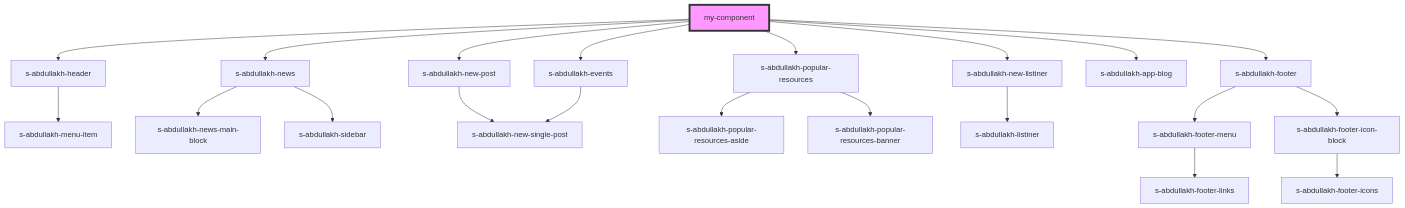
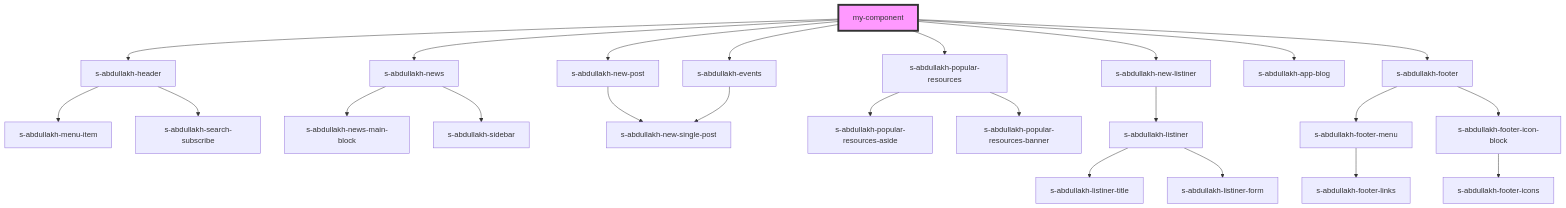
One commit to Wokh-Dada/wibbitz-stencil changed the diagram in src/components/my-component/readme.md. Above: the diagram before and after it, drawn with Mermaid. The commit also changed 20 other files, not shown here.

````diff
--- a/src/components/my-component/readme.md
+++ b/src/components/my-component/readme.md
@@ -22,24 +22,27 @@
 ```mermaid
 graph TD;
   my-component --> s-abdullakh-header
   my-component --> s-abdullakh-news
   my-component --> s-abdullakh-new-post
   my-component --> s-abdullakh-popular-resources
   my-component --> s-abdullakh-events
   my-component --> s-abdullakh-new-listiner
   my-component --> s-abdullakh-app-blog
   my-component --> s-abdullakh-footer
   s-abdullakh-header --> s-abdullakh-menu-item
+  s-abdullakh-header --> s-abdullakh-search-subscribe
   s-abdullakh-news --> s-abdullakh-news-main-block
   s-abdullakh-news --> s-abdullakh-sidebar
   s-abdullakh-new-post --> s-abdullakh-new-single-post
   s-abdullakh-popular-resources --> s-abdullakh-popular-resources-aside
   s-abdullakh-popular-resources --> s-abdullakh-popular-resources-banner
   s-abdullakh-events --> s-abdullakh-new-single-post
   s-abdullakh-new-listiner --> s-abdullakh-listiner
+  s-abdullakh-listiner --> s-abdullakh-listiner-title
+  s-abdullakh-listiner --> s-abdullakh-listiner-form
   s-abdullakh-footer --> s-abdullakh-footer-menu
   s-abdullakh-footer --> s-abdullakh-footer-icon-block
   s-abdullakh-footer-menu --> s-abdullakh-footer-links
   s-abdullakh-footer-icon-block --> s-abdullakh-footer-icons
   style my-component fill:#f9f,stroke:#333,stroke-width:4px
 ```
````
